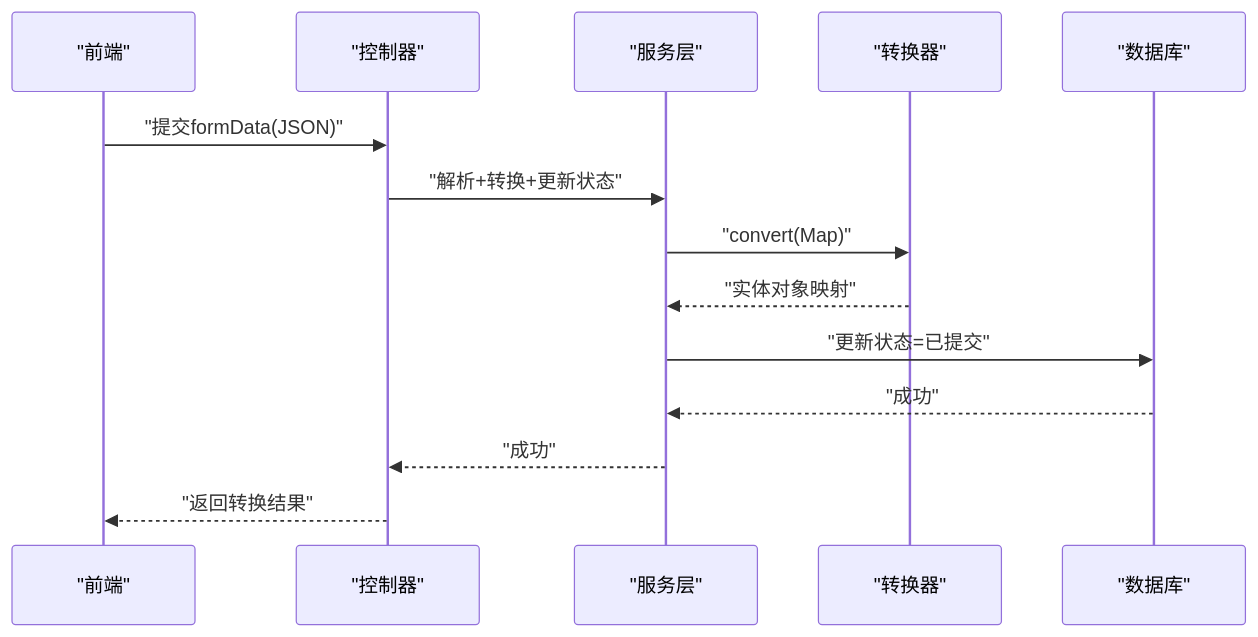
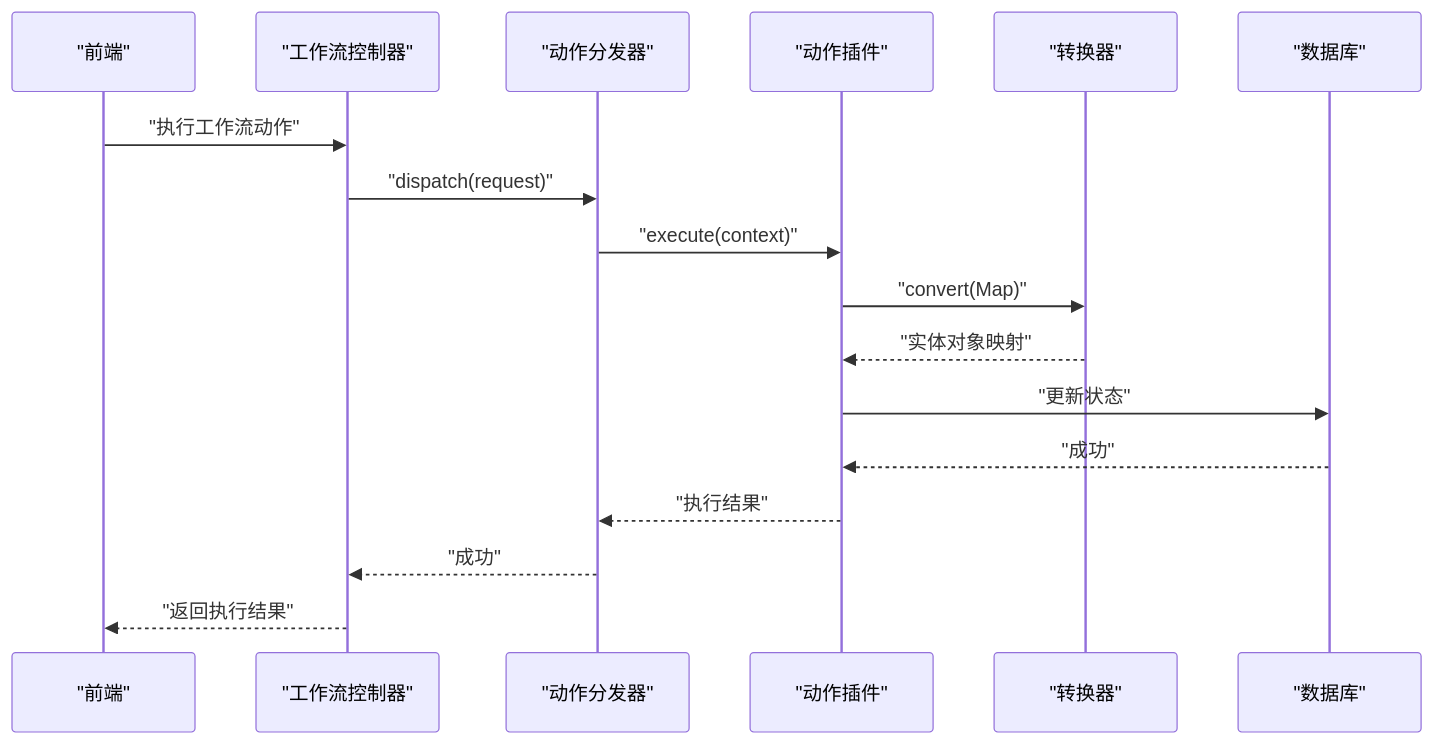
One commit to NJMrLi/genetics changed the sixth of 8 diagrams in .qoder/repowiki/zh/content/核心业务逻辑/表单提交流程设计.md. Above: the diagram before and after it, drawn with Mermaid. The commit also changed other lines of this file and 19 other files, not shown here.

````diff
--- a/.qoder/repowiki/zh/content/核心业务逻辑/表单提交流程设计.md
+++ b/.qoder/repowiki/zh/content/核心业务逻辑/表单提交流程设计.md
@@ -232,16 +315,19 @@
 ```mermaid
 sequenceDiagram
 participant FE as "前端"
-participant CTRL as "控制器"
-participant SVC as "服务层"
+participant CTRL as "工作流控制器"
+participant DISP as "动作分发器"
+participant PLUGIN as "动作插件"
 participant CONV as "转换器"
 participant DB as "数据库"
-FE->>CTRL : "提交formData(JSON)"
-CTRL->>SVC : "解析+转换+更新状态"
-SVC->>CONV : "convert(Map)"
-CONV-->>SVC : "实体对象映射"
-SVC->>DB : "更新状态=已提交"
-DB-->>SVC : "成功"
-SVC-->>CTRL : "成功"
-CTRL-->>FE : "返回转换结果"
+FE->>CTRL : "执行工作流动作"
+CTRL->>DISP : "dispatch(request)"
+DISP->>PLUGIN : "execute(context)"
+PLUGIN->>CONV : "convert(Map)"
+CONV-->>PLUGIN : "实体对象映射"
+PLUGIN->>DB : "更新状态"
+DB-->>PLUGIN : "成功"
+PLUGIN-->>DISP : "执行结果"
+DISP-->>CTRL : "成功"
+CTRL-->>FE : "返回执行结果"
 ```
````
